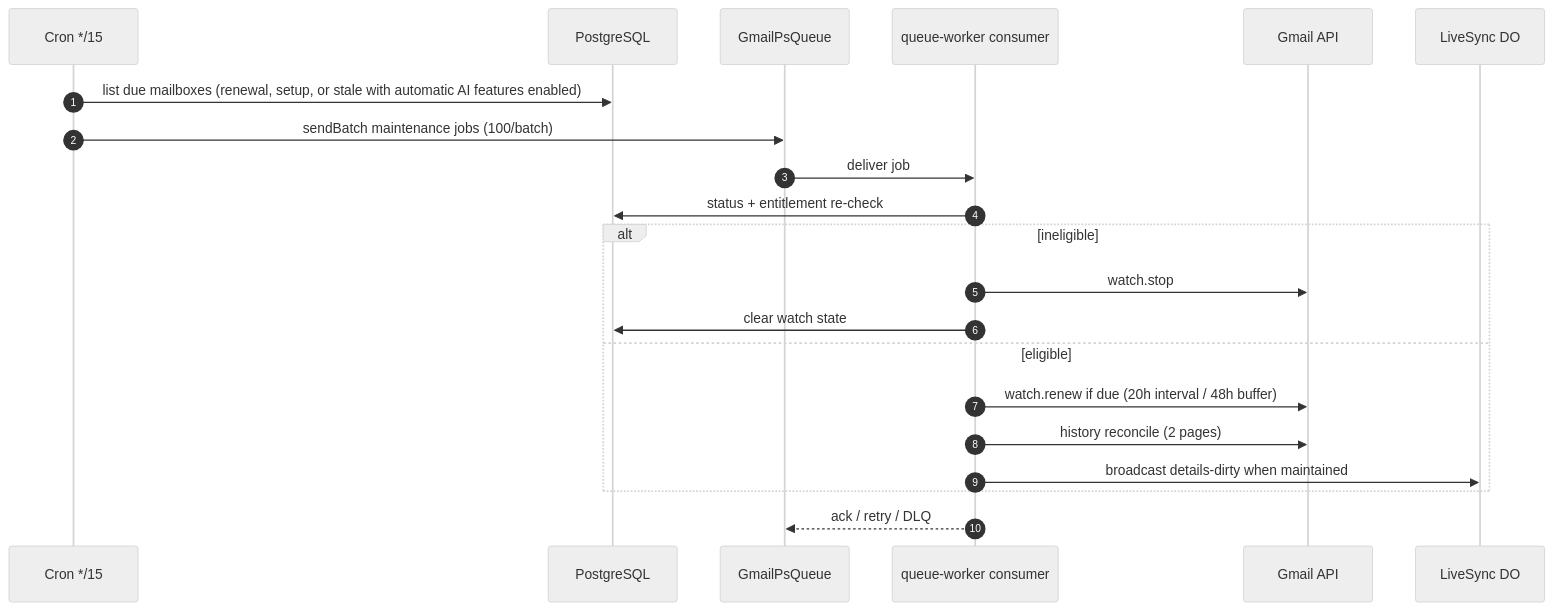
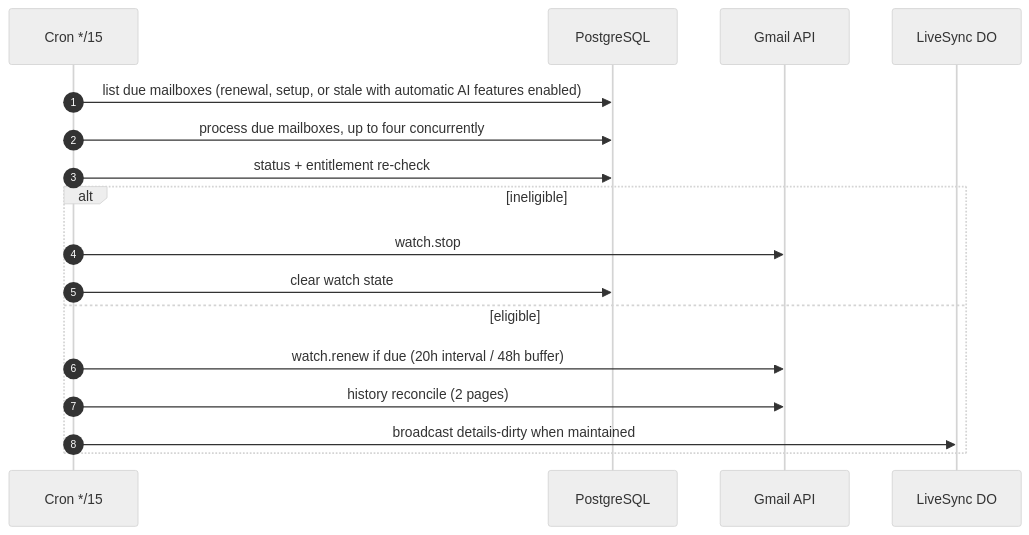
The third of 6 diagrams in docs/infrastructure-map.md (quieter-email/quieter), drawn with Mermaid (neutral theme) before and after one commit. The commit also changed other lines of this file and 95 other files, not shown here.

````diff
--- a/docs/infrastructure-map.md
+++ b/docs/infrastructure-map.md
@@ -192,24 +183,20 @@
 ```mermaid
 sequenceDiagram
     autonumber
     participant CR as Cron */15
     participant DB as PostgreSQL
-    participant Q as GmailPsQueue
-    participant C as queue-worker consumer
     participant A as Gmail API
     participant D as LiveSync DO
 
     CR->>DB: list due mailboxes (renewal, setup, or stale with automatic AI features enabled)
-    CR->>Q: sendBatch maintenance jobs (100/batch)
-    Q->>C: deliver job
-    C->>DB: status + entitlement re-check
+    CR->>DB: process due mailboxes, up to four concurrently
+    CR->>DB: status + entitlement re-check
     alt ineligible
-        C->>A: watch.stop
-        C->>DB: clear watch state
+        CR->>A: watch.stop
+        CR->>DB: clear watch state
     else eligible
-        C->>A: watch.renew if due (20h interval / 48h buffer)
-        C->>A: history reconcile (2 pages)
-        C->>D: broadcast details-dirty when maintained
+        CR->>A: watch.renew if due (20h interval / 48h buffer)
+        CR->>A: history reconcile (2 pages)
+        CR->>D: broadcast details-dirty when maintained
     end
-    C-->>Q: ack / retry / DLQ
 ```
````
